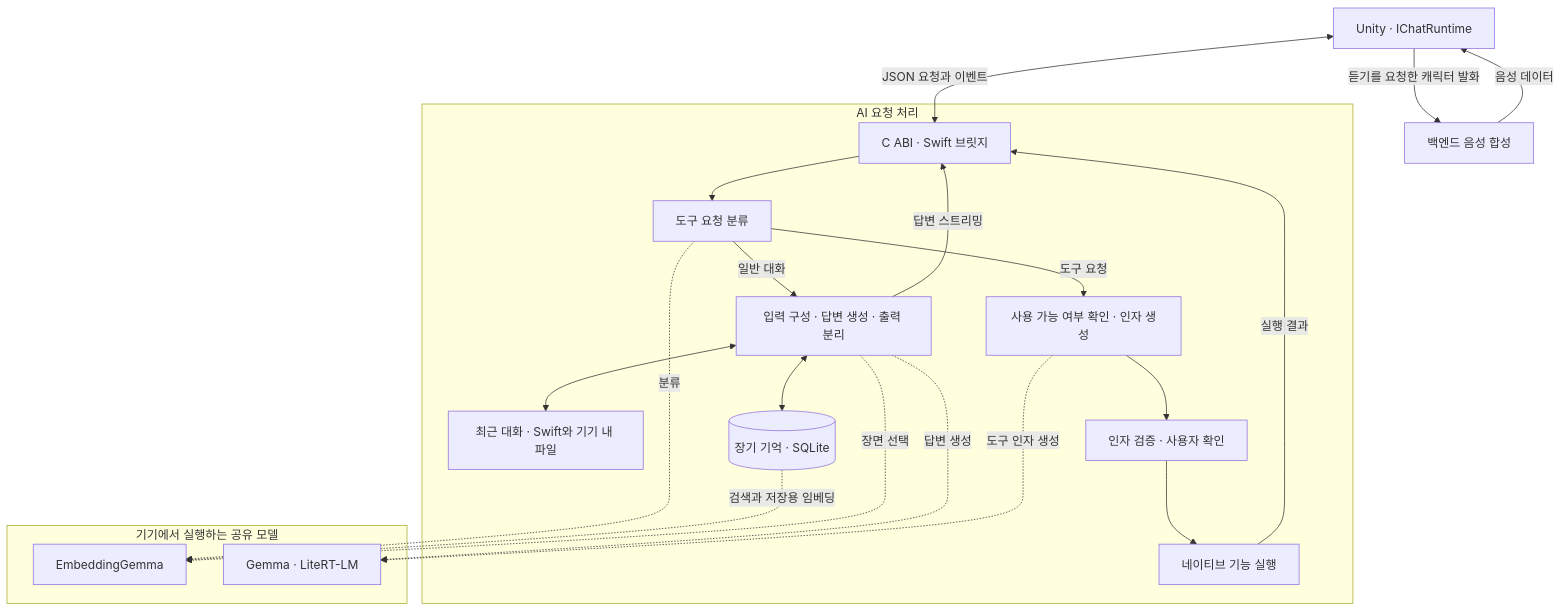
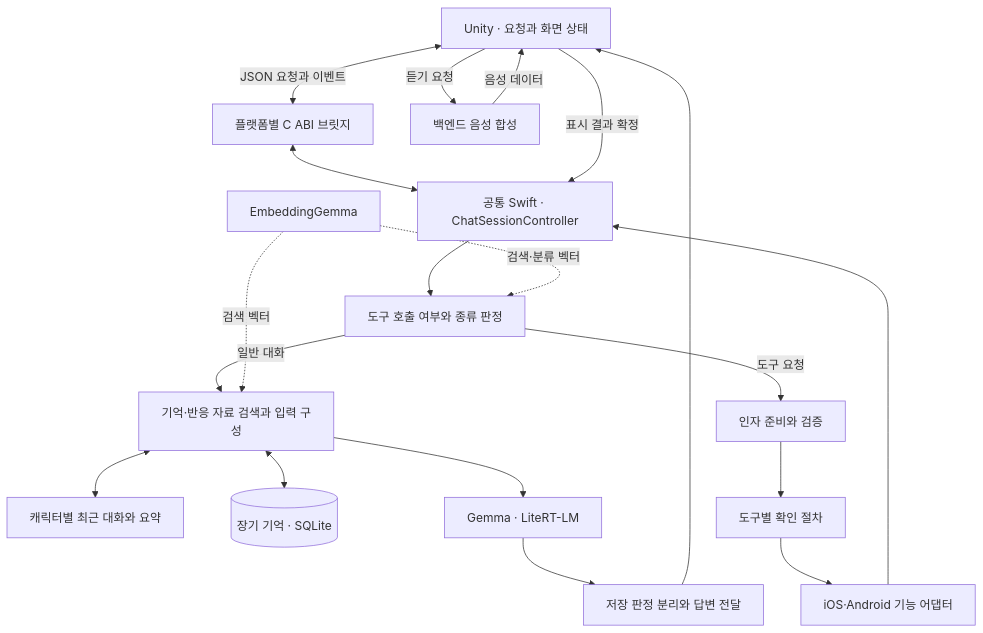
Before and after one commit to pysunn14/docs-beolmuri-ai: the first of 2 diagrams in src/content/docs/architecture/Architecture.md, drawn with Mermaid. The commit also changed other lines of this file and 21 other files, not shown here.

Commit message:
docs: refresh shared runtime, dialogue and memory architecture

````diff
--- a/src/content/docs/architecture/Architecture.md
+++ b/src/content/docs/architecture/Architecture.md
@@ -16,29 +35,21 @@
 ```mermaid
 flowchart TB
-    U[Unity · IChatRuntime] <-->|JSON 요청과 이벤트| B[C ABI · Swift 브릿지]
-
-    subgraph AI[AI 요청 처리]
-        B --> R[도구 요청 분류]
-        R -->|일반 대화| C[입력 구성 · 답변 생성 · 출력 분리]
-        R -->|도구 요청| T[사용 가능 여부 확인 · 인자 생성]
-        C <--> H[최근 대화 · Swift와 기기 내 파일]
-        C <--> M[(장기 기억 · SQLite)]
-        T --> V[인자 검증 · 사용자 확인]
-        V --> N[네이티브 기능 실행]
-        C -->|답변 스트리밍| B
-        N -->|실행 결과| B
-    end
-
-    subgraph Models[기기에서 실행하는 공유 모델]
-        E[EmbeddingGemma]
-        G[Gemma · LiteRT-LM]
-    end
-
-    R -. 분류 .-> E
-    M -. 검색과 저장용 임베딩 .-> E
-    C -. 장면 선택 .-> E
-    C -. 답변 생성 .-> G
-    T -. 도구 인자 생성 .-> G
-    U -->|듣기를 요청한 캐릭터 발화| S[백엔드 음성 합성]
+    U[Unity · 요청과 화면 상태] <-->|JSON 요청과 이벤트| B[플랫폼별 C ABI 브릿지]
+    B <--> C[공통 Swift · ChatSessionController]
+    C --> R[도구 호출 여부와 종류 판정]
+    R -->|일반 대화| D[기억·반응 자료 검색과 입력 구성]
+    D <--> H[캐릭터별 최근 대화와 요약]
+    D <--> M[(장기 기억 · SQLite)]
+    D --> G[Gemma · LiteRT-LM]
+    G --> O[저장 판정 분리와 답변 전달]
+    O --> U
+    U -->|표시 결과 확정| C
+    R -->|도구 요청| T[인자 준비와 검증]
+    T --> V[도구별 확인 절차]
+    V --> P[iOS·Android 기능 어댑터]
+    P --> C
+    E[EmbeddingGemma] -. 검색·분류 벡터 .-> R
+    E -. 검색 벡터 .-> D
+    U -->|듣기 요청| S[백엔드 음성 합성]
     S -->|음성 데이터| U
 ```
````
